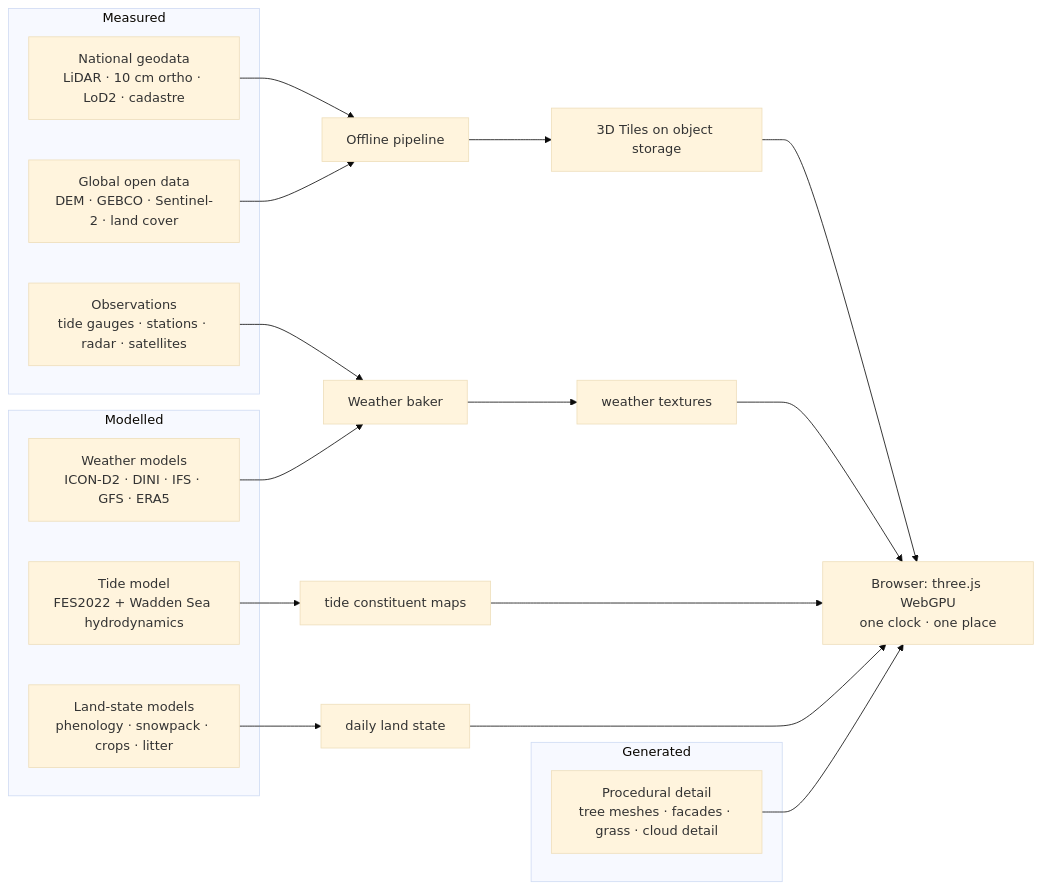
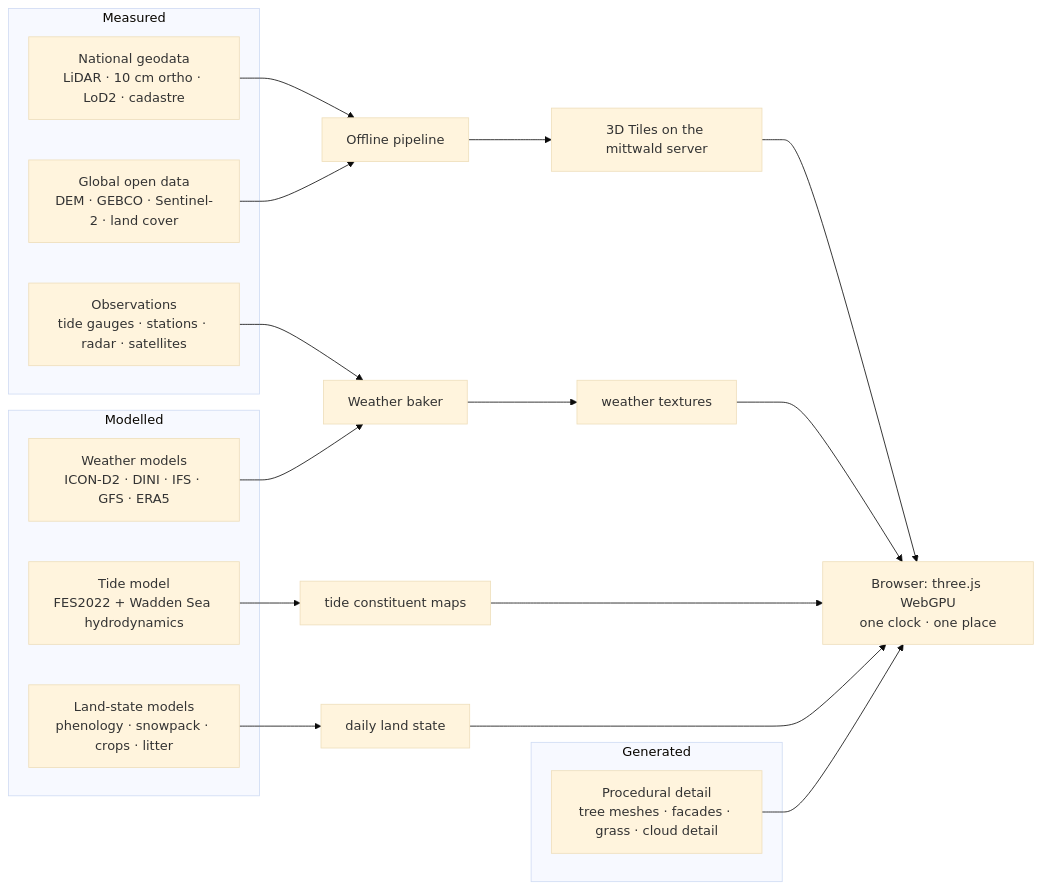
The diagram in docs/earth-sim/README.md (dgrieser/living-planet-3d), drawn with Mermaid (base theme) before and after one commit. The commit also changed other lines of this file and 8 other files, not shown here.

````diff
--- a/docs/earth-sim/README.md
+++ b/docs/earth-sim/README.md
@@ -36,21 +37,21 @@
 ```mermaid
 flowchart LR
   subgraph Measured
     A[National geodata<br/>LiDAR · 10 cm ortho · LoD2 · cadastre]
     B[Global open data<br/>DEM · GEBCO · Sentinel-2 · land cover]
     C[Observations<br/>tide gauges · stations · radar · satellites]
   end
   subgraph Modelled
     D[Weather models<br/>ICON-D2 · DINI · IFS · GFS · ERA5]
     E[Tide model<br/>FES2022 + Wadden Sea hydrodynamics]
     F[Land-state models<br/>phenology · snowpack · crops · litter]
   end
   subgraph Generated
     G[Procedural detail<br/>tree meshes · facades · grass · cloud detail]
   end
-  A & B --> P[Offline pipeline] --> T[3D Tiles on object storage]
+  A & B --> P[Offline pipeline] --> T[3D Tiles on the mittwald server]
   C & D --> W[Weather baker] --> X[weather textures]
   E --> H[tide constituent maps]
   F --> S[daily land state]
   T & X & H & S & G --> R[Browser: three.js WebGPU<br/>one clock · one place]
 ```
````
